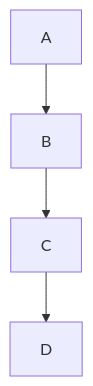
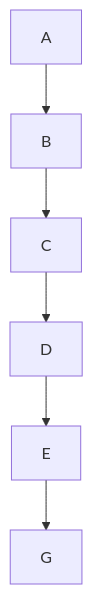
The diagram in README.md (facumruiz/Plantilla_DigitalesPIC18), drawn with Mermaid before and after one commit.

````diff
--- a/README.md
+++ b/README.md
@@ -57,7 +57,9 @@
 ```mermaid
 graph TD;
     A-->B;
     B-->C;
     C-->D;
+    D-->E;
+    E-->G;
     
 ```
````
